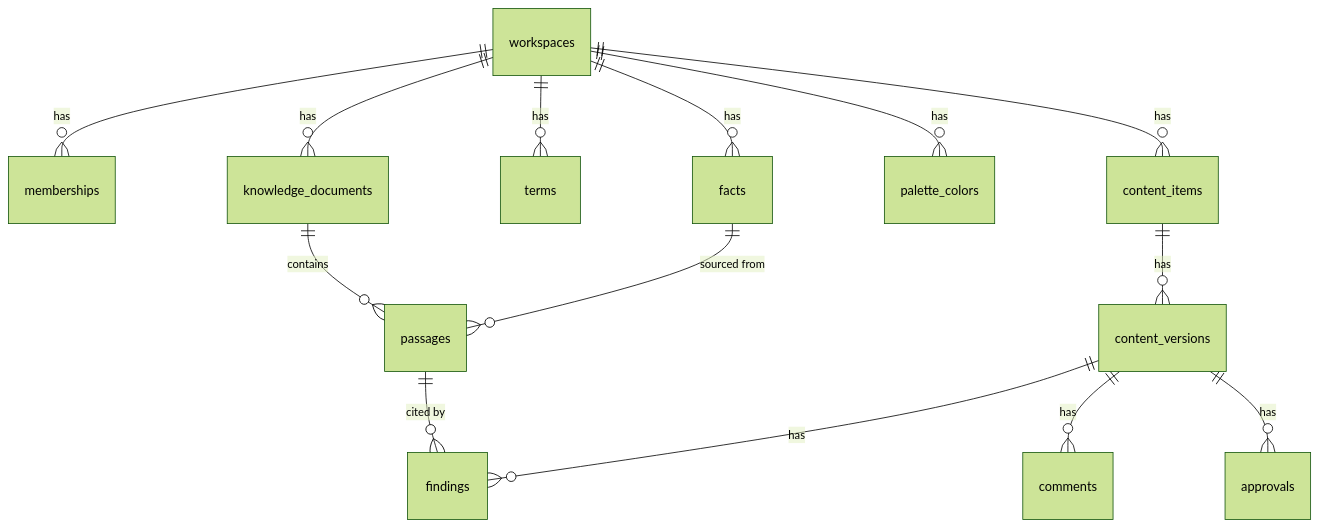
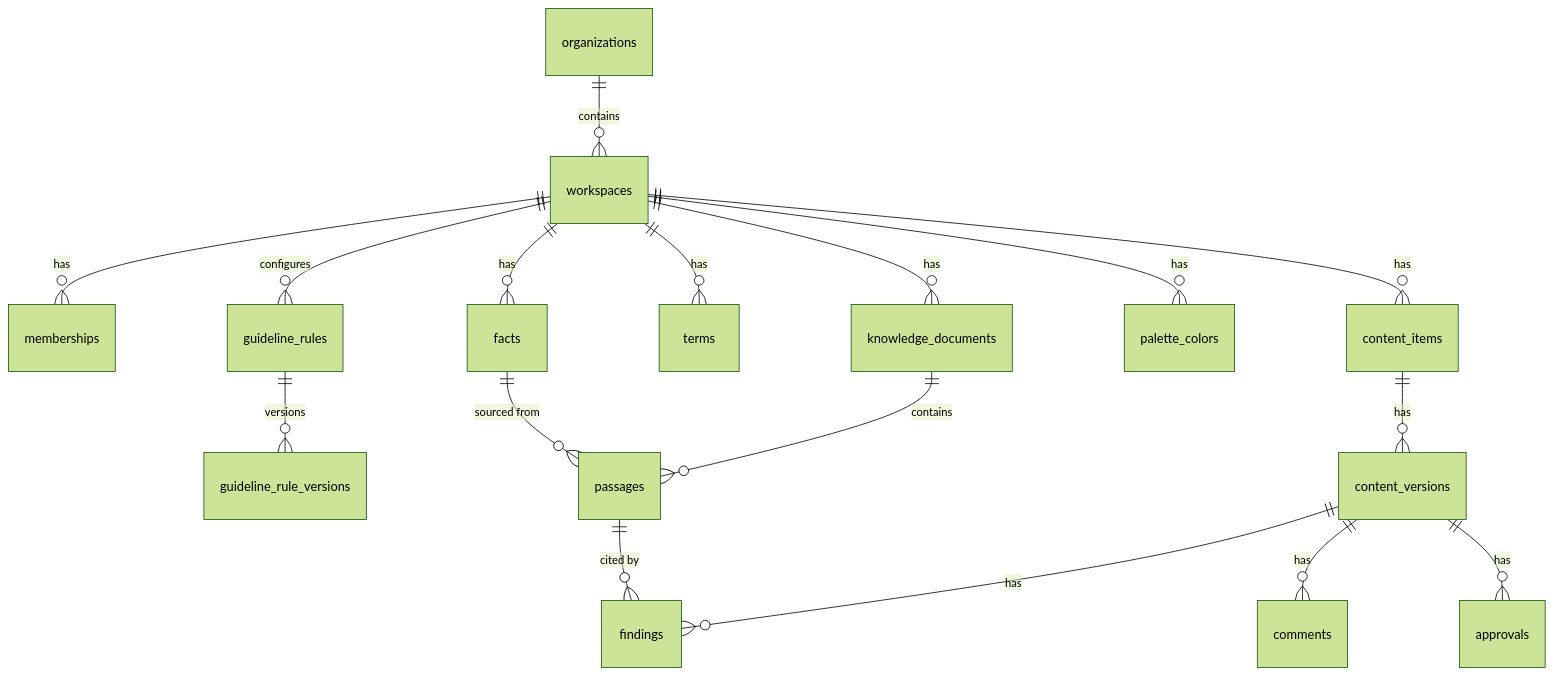
Before and after one commit to krishnabhatiadesigns/BrandShield: the first of 2 diagrams in TECH_AND_IMPLEMENTATION.md, drawn with Mermaid (forest theme). The commit also changed other lines of this file and 47 other files, not shown here.

````diff
--- a/TECH_AND_IMPLEMENTATION.md
+++ b/TECH_AND_IMPLEMENTATION.md
@@ -103,16 +103,19 @@
 ```mermaid
 erDiagram
     workspaces ||--o{ memberships : has
+    organizations ||--o{ workspaces : contains
     workspaces ||--o{ knowledge_documents : has
+    workspaces ||--o{ guideline_rules : configures
+    guideline_rules ||--o{ guideline_rule_versions : versions
     knowledge_documents ||--o{ passages : contains
     workspaces ||--o{ terms : has
     workspaces ||--o{ facts : has
     workspaces ||--o{ palette_colors : has
     workspaces ||--o{ content_items : has
     content_items ||--o{ content_versions : has
     content_versions ||--o{ findings : has
     content_versions ||--o{ comments : has
     content_versions ||--o{ approvals : has
     passages ||--o{ findings : "cited by"
     facts ||--o{ passages : "sourced from"
 ```
````
